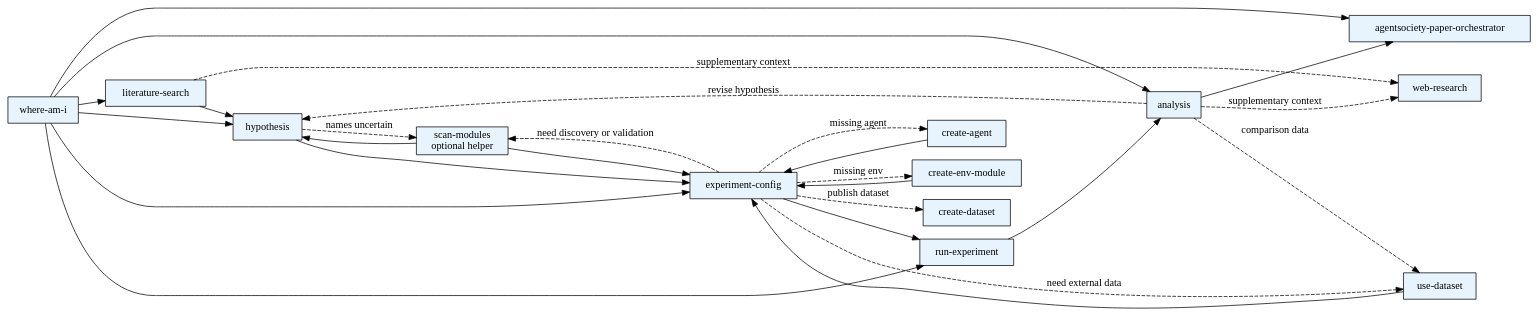
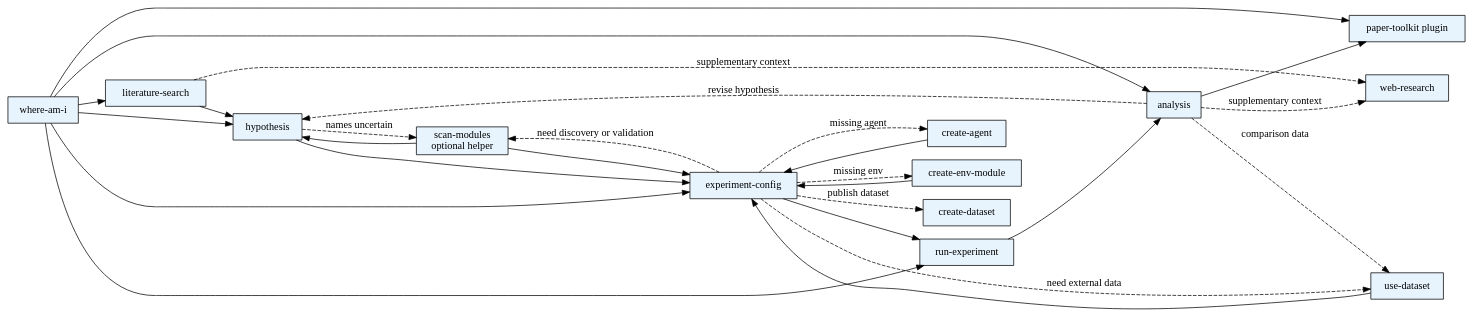
One commit to miaoqijun/AgentSociety changed the diagram in extension/skills/agentsociety-research-pipeline/v1.0.0/SKILL.md. Above: the diagram before and after it, drawn with Graphviz. The commit also changed other lines of this file and 160 other files, not shown here.

Commit message:
feat: migrate to external paper-toolkit plugin

````diff
--- a/extension/skills/agentsociety-research-pipeline/v1.0.0/SKILL.md
+++ b/extension/skills/agentsociety-research-pipeline/v1.0.0/SKILL.md
@@ -116,47 +116,47 @@
 ```dot
 digraph research_pipeline {
     rankdir=LR;
     node [shape=box, style=filled, fillcolor="#E8F4FD"];
     decide [label="where-am-i"];
     lit [label="literature-search"];
     hypo [label="hypothesis"];
     scan [label="scan-modules\noptional helper"];
     exp [label="experiment-config"];
     run [label="run-experiment"];
     analysis [label="analysis"];
-    paper [label="agentsociety-paper-orchestrator"];
+    paper [label="paper-toolkit plugin"];
     agent [label="create-agent"];
     env [label="create-env-module"];
     create_ds [label="create-dataset"];
     use_ds [label="use-dataset"];
     web [label="web-research"];
 
     decide -> lit;
     decide -> hypo;
     decide -> exp;
     decide -> run;
     decide -> analysis;
     decide -> paper;
 
     lit -> hypo;
     lit -> web [style=dashed, label="supplementary context"];
     hypo -> scan [style=dashed, label="names uncertain"];
     scan -> hypo;
     hypo -> exp;
     exp -> scan [style=dashed, label="need discovery or validation"];
     scan -> exp;
     exp -> agent [style=dashed, label="missing agent"];
     agent -> exp;
     exp -> env [style=dashed, label="missing env"];
     env -> exp;
     exp -> create_ds [style=dashed, label="publish dataset"];
     exp -> use_ds [style=dashed, label="need external data"];
     use_ds -> exp;
     exp -> run;
     run -> analysis;
     analysis -> paper;
     analysis -> hypo [style=dashed, label="revise hypothesis"];
     analysis -> use_ds [style=dashed, label="comparison data"];
     analysis -> web [style=dashed, label="supplementary context"];
 }
 ```
````
